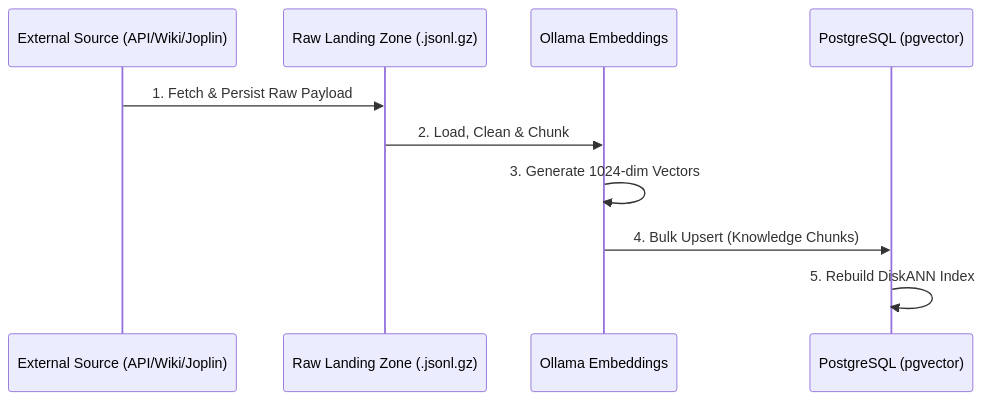
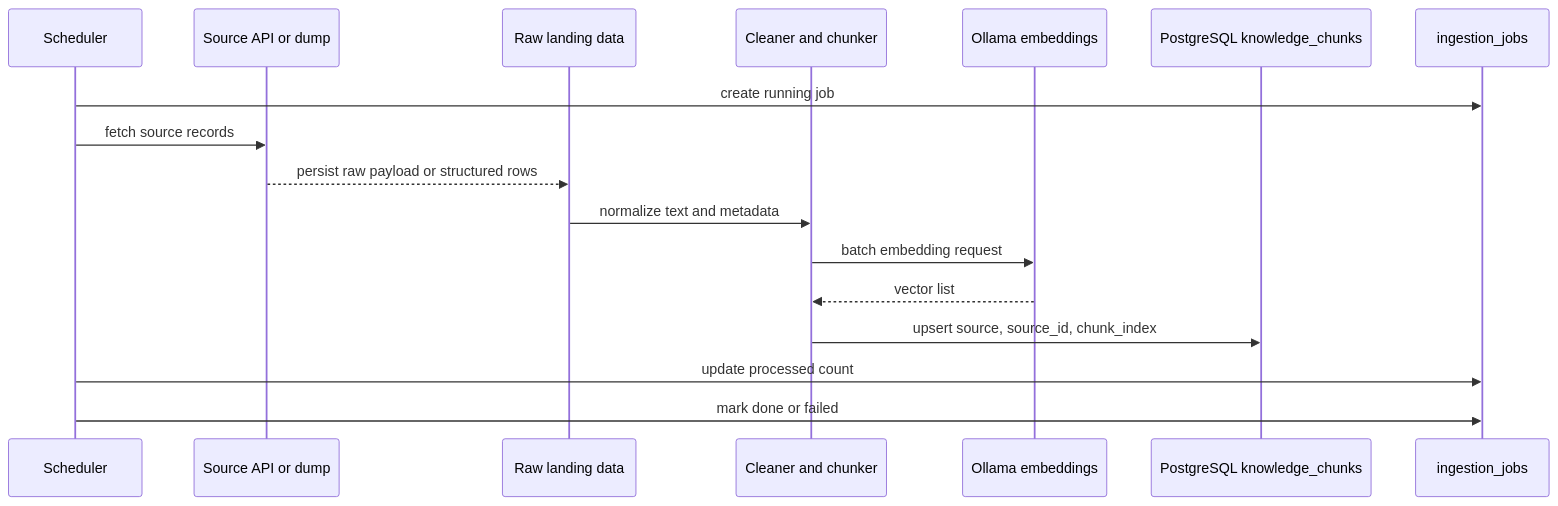
One commit to Ch3w3y/parsnip-ai changed the third of 8 diagrams in docs/ARCHITECTURE_VISUALS.md. Above: the diagram before and after it, drawn with Mermaid. The commit also changed other lines of this file and 15 other files, not shown here.

````diff
--- a/docs/ARCHITECTURE_VISUALS.md
+++ b/docs/ARCHITECTURE_VISUALS.md
@@ -33,13 +77,20 @@
 ```mermaid
 sequenceDiagram
-    participant Source as External Source (API/Wiki/Joplin)
-    participant Raw as Raw Landing Zone (.jsonl.gz)
-    participant Embed as Ollama Embeddings
-    participant DB as PostgreSQL (pgvector)
+    participant Scheduler as Scheduler
+    participant Source as Source API or dump
+    participant Raw as Raw landing data
+    participant Chunker as Cleaner and chunker
+    participant Embed as Ollama embeddings
+    participant DB as PostgreSQL knowledge_chunks
+    participant Jobs as ingestion_jobs
 
-    Source->>Raw: 1. Fetch & Persist Raw Payload
-    Raw->>Embed: 2. Load, Clean & Chunk
-    Embed->>Embed: 3. Generate 1024-dim Vectors
-    Embed->>DB: 4. Bulk Upsert (Knowledge Chunks)
-    DB->>DB: 5. Rebuild DiskANN Index
+    Scheduler->>Jobs: create running job
+    Scheduler->>Source: fetch source records
+    Source-->>Raw: persist raw payload or structured rows
+    Raw->>Chunker: normalize text and metadata
+    Chunker->>Embed: batch embedding request
+    Embed-->>Chunker: vector list
+    Chunker->>DB: upsert source, source_id, chunk_index
+    Scheduler->>Jobs: update processed count
+    Scheduler->>Jobs: mark done or failed
 ```
````
